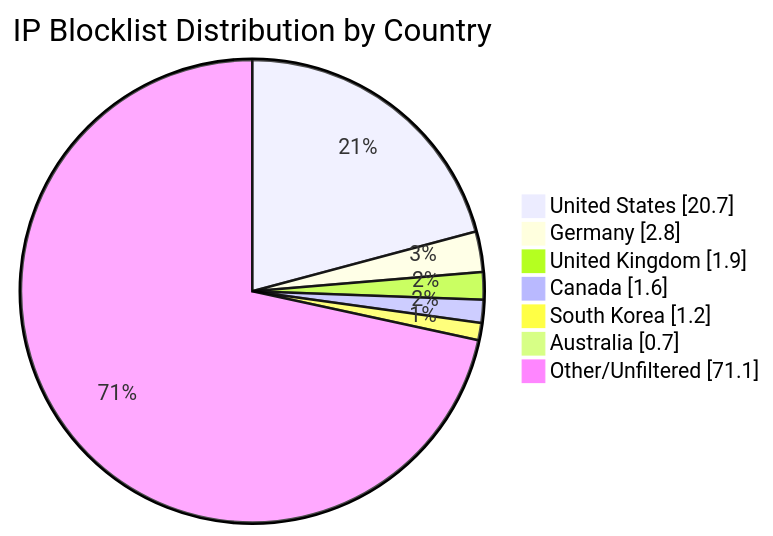
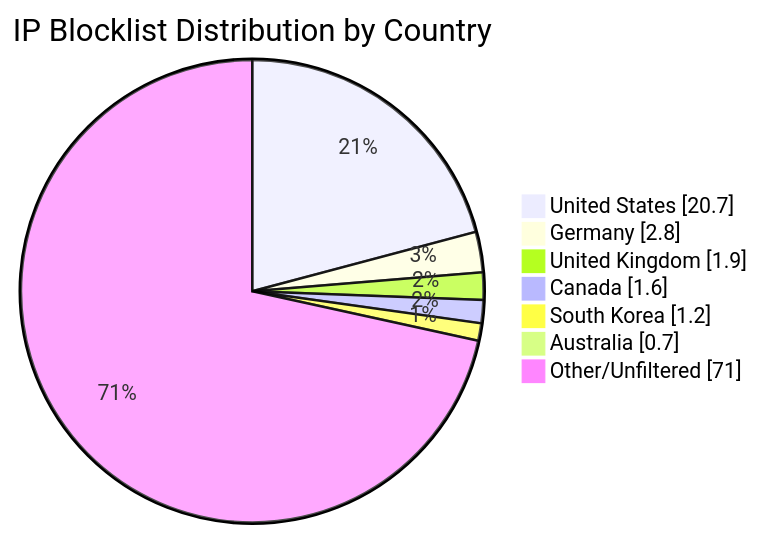
One commit to MarcusHoltz/ipblocklist-geofiltered-aggregator changed the diagram in README.md. Above: the diagram before and after it, drawn with Mermaid. The commit also changed other lines of this file and 9 other files, not shown here.

````diff
--- a/README.md
+++ b/README.md
@@ -34,10 +34,10 @@
 ```mermaid
 pie showData title IP Blocklist Distribution by Country
 "United States" : 20.7
 "Germany" : 2.8
 "United Kingdom" : 1.9
 "Canada" : 1.6
 "South Korea" : 1.2
 "Australia" : 0.7
-"Other/Unfiltered" : 71.1
+"Other/Unfiltered" : 71.0
 ```
````
